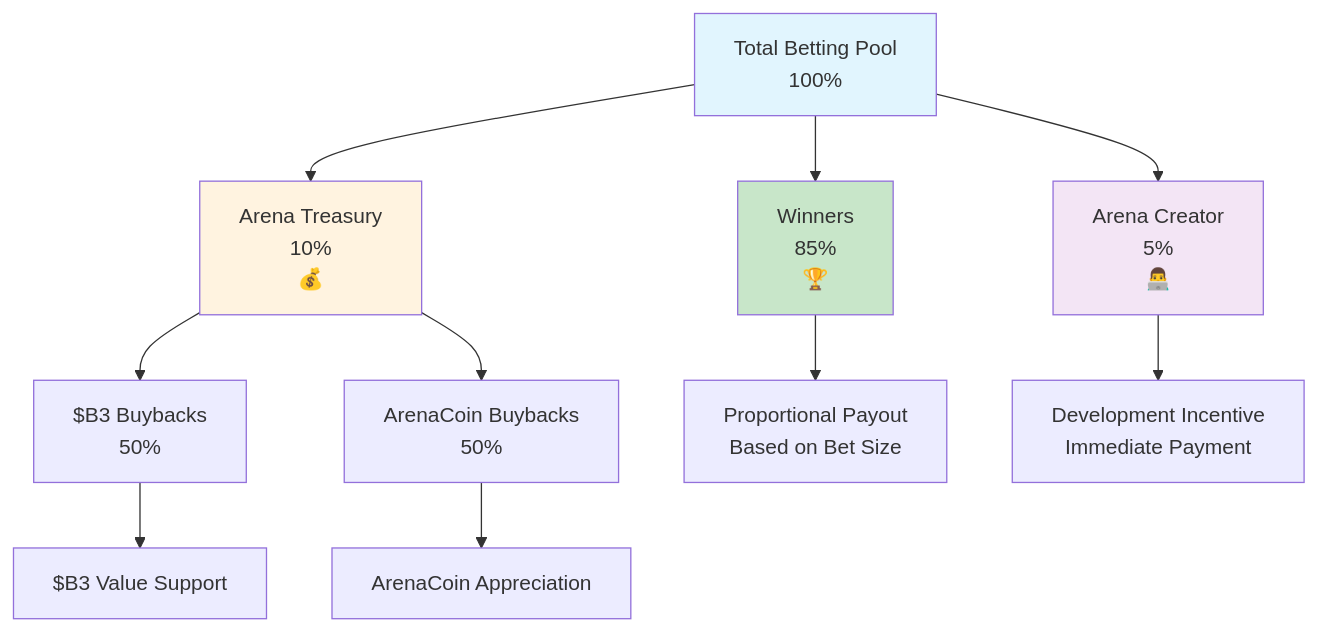
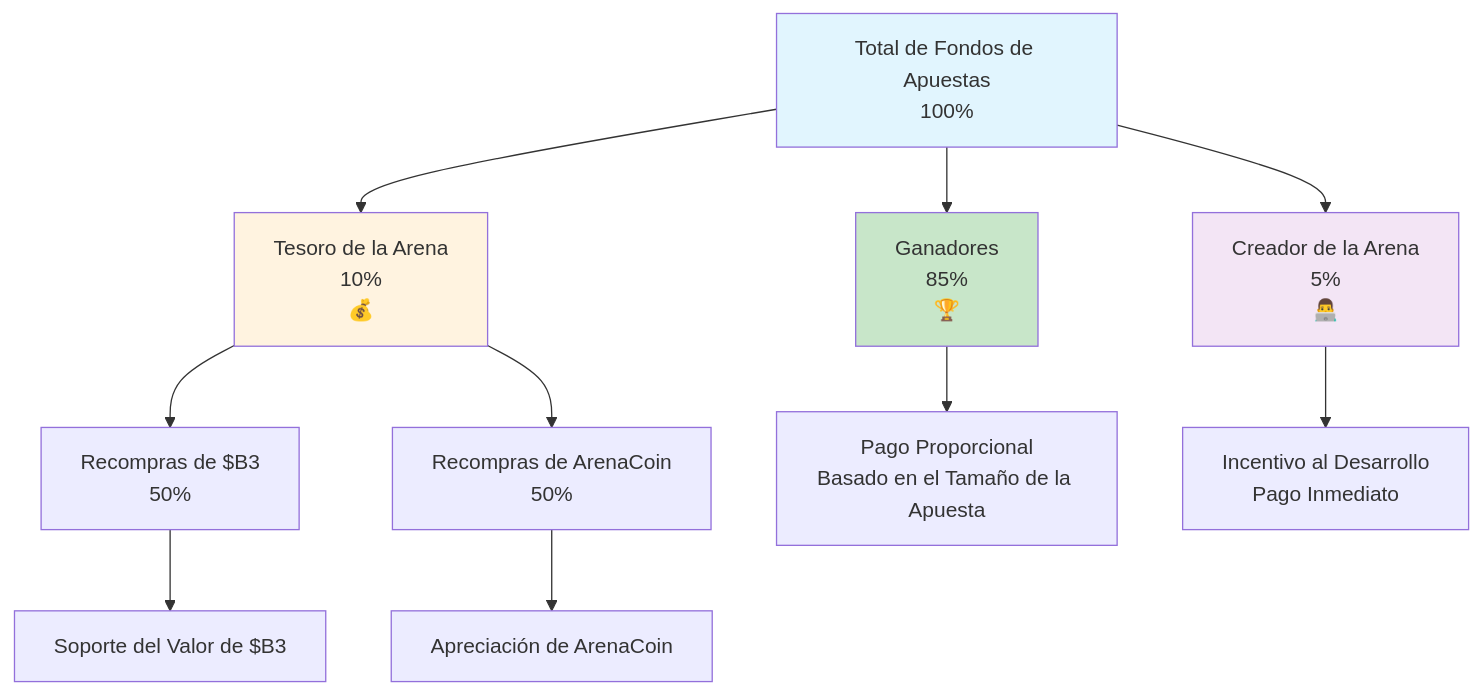
One commit to b3-fun/b3 changed the diagram in docs/es/hypeduel/fee-structure.mdx. Above: the diagram before and after it, drawn with Mermaid. The commit also changed other lines of this file and 29 other files, not shown here.

````diff
--- a/docs/es/hypeduel/fee-structure.mdx
+++ b/docs/es/hypeduel/fee-structure.mdx
@@ -20,19 +20,19 @@
 ```mermaid
 graph TD
-    A["Total Betting Pool<br/>100%"] --> B["Winners<br/>85%<br/>🏆"]
-    A --> C["Arena Treasury<br/>10%<br/>💰"]
-    A --> D["Arena Creator<br/>5%<br/>👨‍💻"]
+    A["Total de Fondos de Apuestas<br/>100%"] --> B["Ganadores<br/>85%<br/>🏆"]
+    A --> C["Tesoro de la Arena<br/>10%<br/>💰"]
+    A --> D["Creador de la Arena<br/>5%<br/>👨‍💻"]
 
-    C --> E["$B3 Buybacks<br/>50%"]
-    C --> F["ArenaCoin Buybacks<br/>50%"]
+    C --> E["Recompras de $B3<br/>50%"]
+    C --> F["Recompras de ArenaCoin<br/>50%"]
 
-    B --> G["Proportional Payout<br/>Based on Bet Size"]
-    D --> H["Development Incentive<br/>Immediate Payment"]
-    E --> I["$B3 Value Support"]
-    F --> J["ArenaCoin Appreciation"]
+    B --> G["Pago Proporcional<br/>Basado en el Tamaño de la Apuesta"]
+    D --> H["Incentivo al Desarrollo<br/>Pago Inmediato"]
+    E --> I["Soporte del Valor de $B3"]
+    F --> J["Apreciación de ArenaCoin"]
 
     style A fill:#e1f5fe
     style B fill:#c8e6c9
     style C fill:#fff3e0
     style D fill:#f3e5f5
 ```
````
